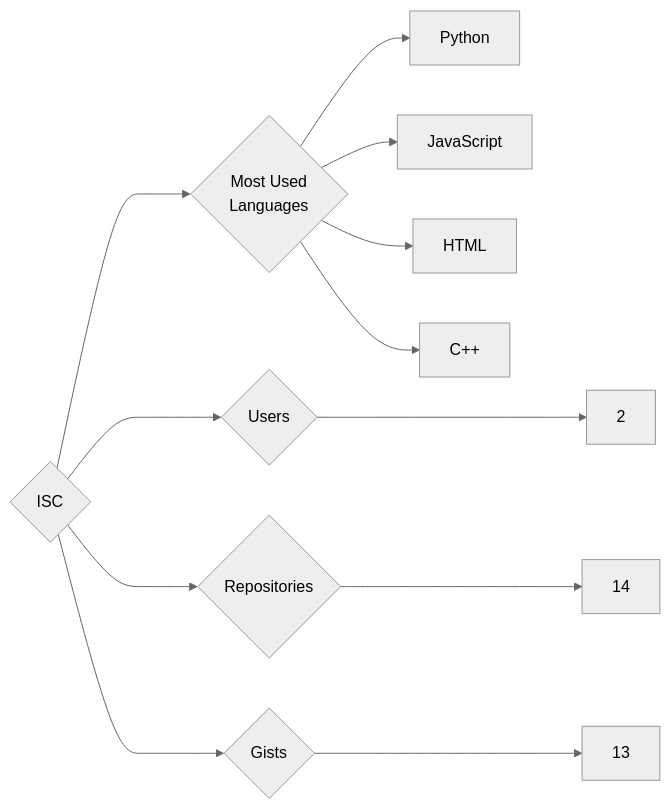
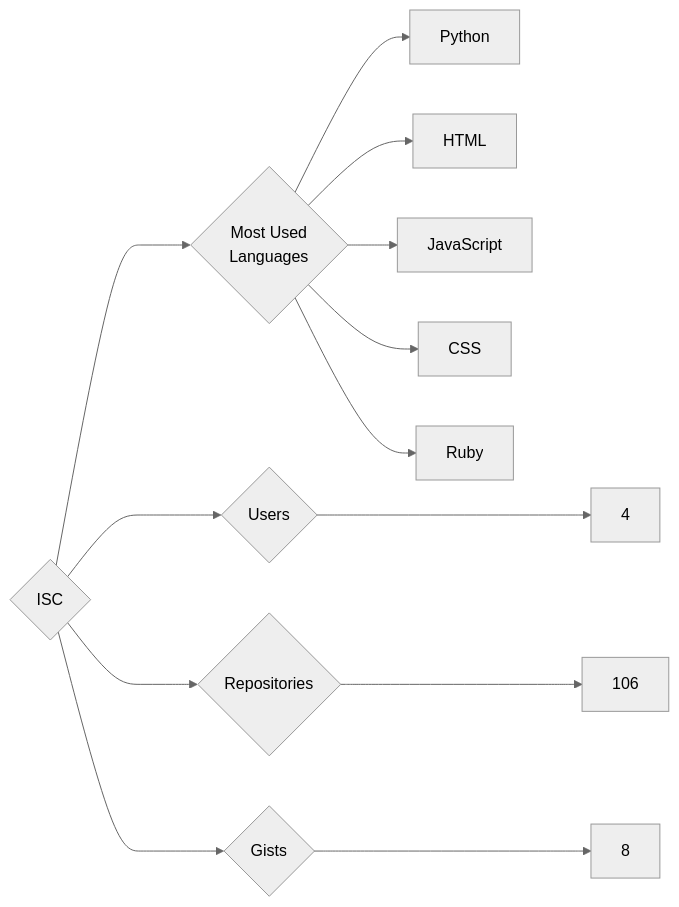
The diagram in targets/ISC/README.md (trickest/insiders), drawn with Mermaid (neutral theme) before and after one commit. The commit also changed 965 other files, not shown here.

````diff
--- a/targets/ISC/README.md
+++ b/targets/ISC/README.md
@@ -3,12 +3,13 @@
 ```mermaid
 graph LR
 COMPANY_NAME{ISC}
-COMPANY_NAME ---> U{Users} ---> UN[2]
-COMPANY_NAME ---> R{Repositories} ---> RN[14]
-COMPANY_NAME ---> G{Gists} ---> GN[13]
+COMPANY_NAME ---> U{Users} ---> UN[4]
+COMPANY_NAME ---> R{Repositories} ---> RN[106]
+COMPANY_NAME ---> G{Gists} ---> GN[8]
 COMPANY_NAME ---> ML{Most Used<br>Languages}
 ML --> Python[Python]
+ML --> HTML[HTML]
 ML --> JavaScript[JavaScript]
-ML --> HTML[HTML]
-ML --> C++[C++]
+ML --> CSS[CSS]
+ML --> Ruby[Ruby]
 ```
````
